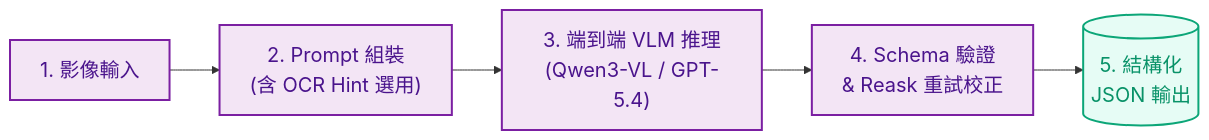
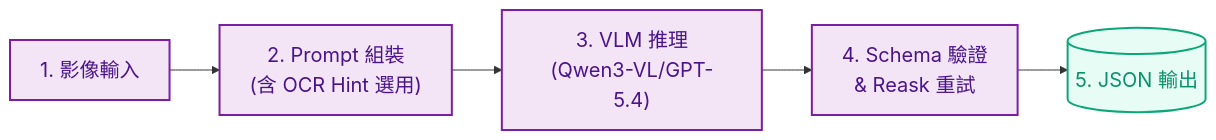
Before and after one commit to kuotunyu/receipt-ocr-vlm-benchmark: the second of 3 diagrams in README.md, drawn with Mermaid. The commit also changed other lines of this file, not shown here.

````diff
--- a/README.md
+++ b/README.md
@@ -47,11 +47,11 @@
 ```mermaid
 %%{init: {'themeVariables': {'fontSize': '20px'}}}%%
 flowchart LR
-    B1["1. 影像輸入"] --> B2["2. Prompt 組裝<br/>(含 OCR Hint 選用)"] --> B3["3. 端到端 VLM 推理<br/>(Qwen3-VL / GPT-5.4)"] --> B4["4. Schema 驗證<br/>& Reask 重試校正"] --> B5[("5. 結構化<br/>JSON 輸出")]
+    B1["1. 影像輸入"] --> B2["2. Prompt 組裝<br/>(含 OCR Hint 選用)"] --> B3["3. VLM 推理<br/>(Qwen3-VL/GPT-5.4)"] --> B4["4. Schema 驗證<br/>& Reask 重試"] --> B5[("5. JSON 輸出")]
 
     classDef vlmStyle fill:#f3e5f5,stroke:#7b1fa2,stroke-width:2px,color:#4a148c
     classDef outStyle fill:#e6fcf5,stroke:#0ca678,stroke-width:2px,color:#099268
 
     class B1,B2,B3,B4 vlmStyle
     class B5 outStyle
 ```
````
